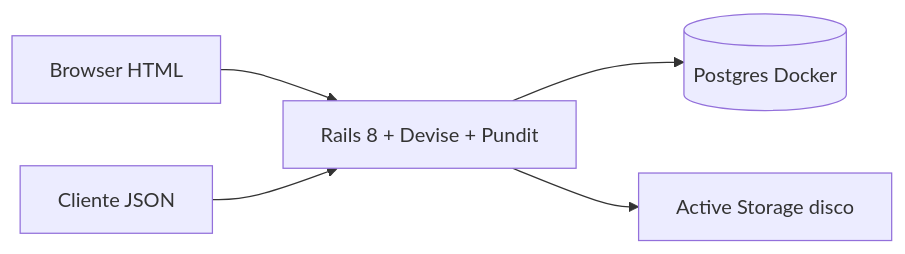
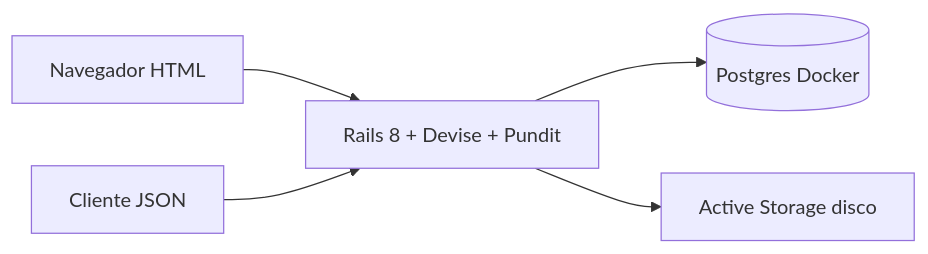
The diagram in README.md (LSalmada/resolve-ai-mvp-fiap), drawn with Mermaid before and after one commit. The commit also changed other lines of this file, not shown here.

````diff
--- a/README.md
+++ b/README.md
@@ -11,7 +11,7 @@
 ```mermaid
 flowchart LR
-  Browser[Browser HTML] --> Rails
+  Navegador[Navegador HTML] --> Rails
   API[Cliente JSON] --> Rails
   Rails[Rails 8 + Devise + Pundit] --> PG[(Postgres Docker)]
-  Rails --> Disk[Active Storage disco]
+  Rails --> Disco[Active Storage disco]
 ```
````
